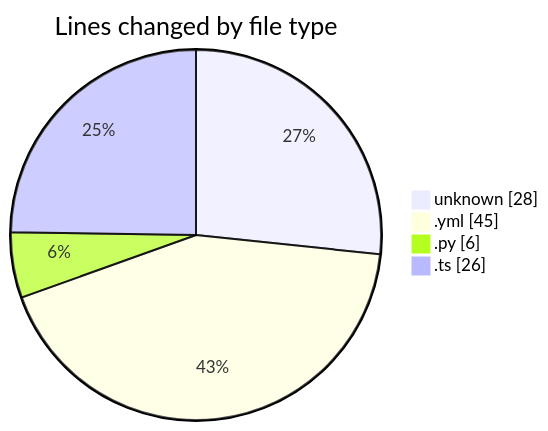
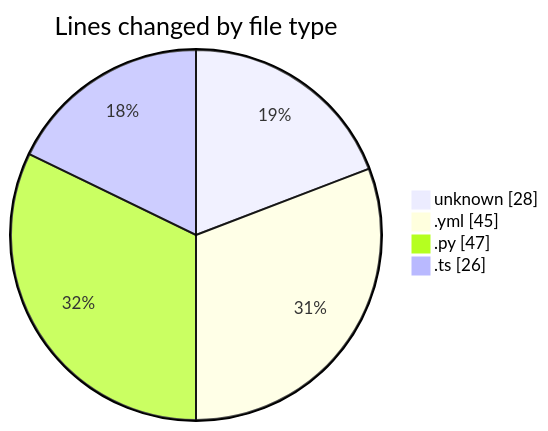
Before and after one commit to Elitesun/code-tracking: the first of 2 diagrams in 2025-05-13/niten/README.md, drawn with Mermaid. The commit also changed other lines of this file and 1 other file, not shown here.

````diff
--- a/2025-05-13/niten/README.md
+++ b/2025-05-13/niten/README.md
@@ -25,8 +26,8 @@
 ```mermaid
 pie showData
 title Lines changed by file type
 "unknown" : 28
 ".yml" : 45
-".py" : 6
+".py" : 47
 ".ts" : 26
 ```
````
